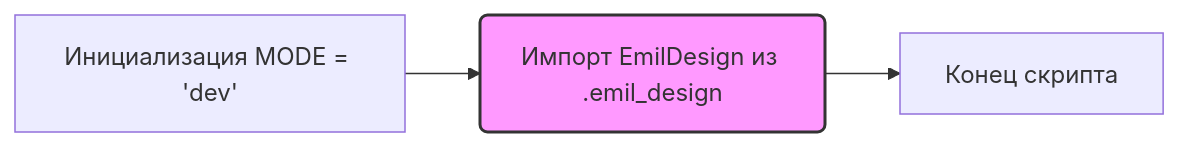
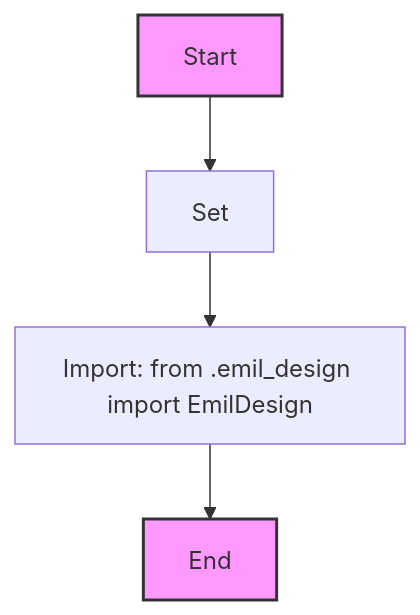
One commit to hypo69/hypo changed the second of 2 diagrams in docs/gemini/ru/explainer/src/endpoints/emil/__init__.py.md. Above: the diagram before and after it, drawn with Mermaid. The commit also changed other lines of this file and 6031 other files, not shown here.

````diff
--- a/docs/gemini/ru/explainer/src/endpoints/emil/__init__.py.md
+++ b/docs/gemini/ru/explainer/src/endpoints/emil/__init__.py.md
@@ -23,7 +20,9 @@
 ```mermaid
-graph LR
-    A[Инициализация MODE = 'dev'] --> B(Импорт EmilDesign из .emil_design);
-    B --> C[Конец скрипта];
-    classDef classStyle fill:#f9f,stroke:#333,stroke-width:2px
-    class B classStyle
+flowchart TD
+    Start[Start] --> ModeDef[Set ]
+    ModeDef --> ImportEmilDesign[Import: from .emil_design import EmilDesign]
+    ImportEmilDesign --> End[End]
+    
+    classDef internal fill:#f9f,stroke:#333,stroke-width:2px;
+    class Start,End internal;
 ```
````
